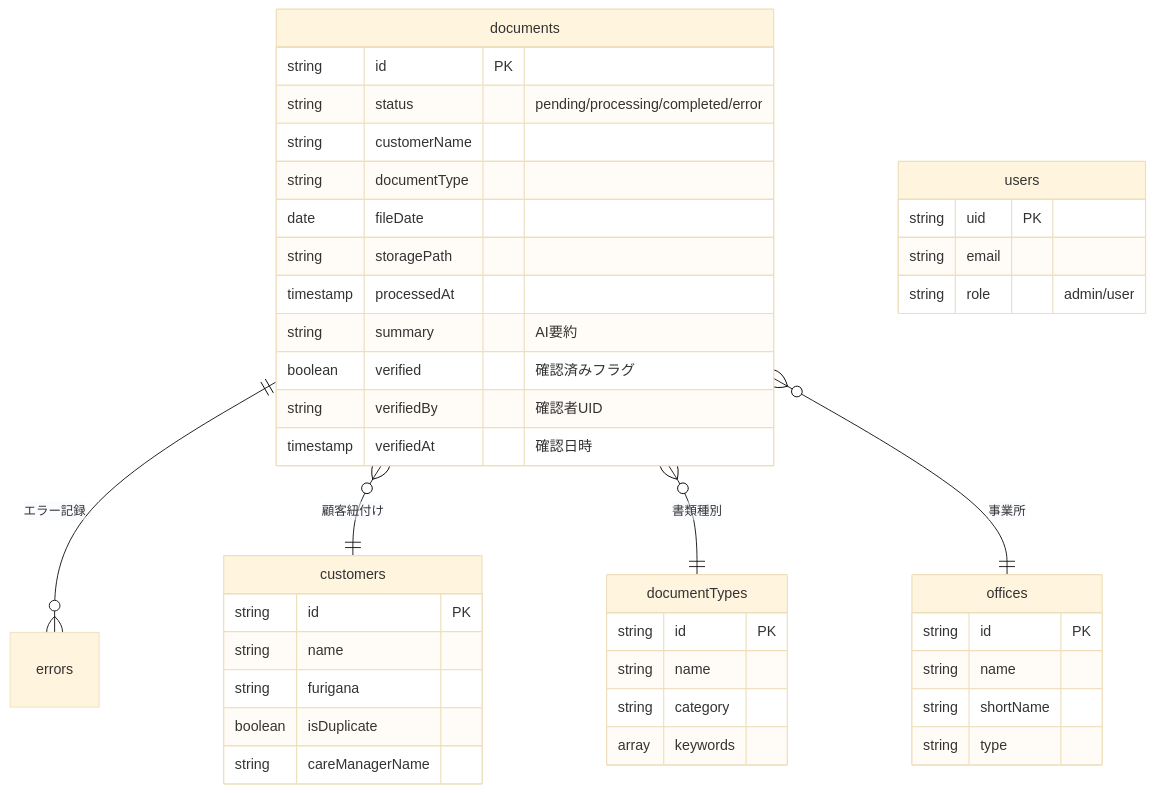
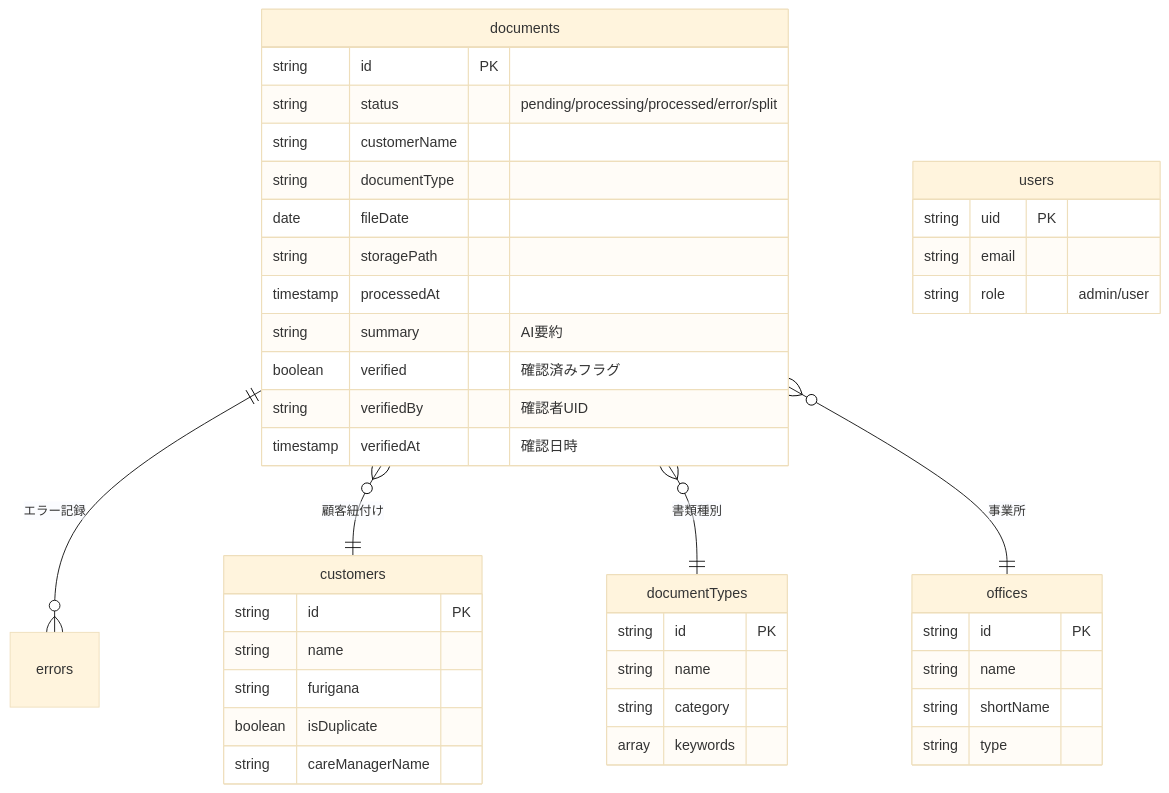
The fourth of 5 diagrams in docs/architecture.md (yasushi-honda/doc-split), drawn with Mermaid (base theme) before and after one commit. The commit also changed other lines of this file and 4 other files, not shown here.

````diff
--- a/docs/architecture.md
+++ b/docs/architecture.md
@@ -131,49 +132,49 @@
 ```mermaid
 erDiagram
     documents ||--o{ errors : "エラー記録"
     documents }o--|| customers : "顧客紐付け"
     documents }o--|| documentTypes : "書類種別"
     documents }o--|| offices : "事業所"
 
     documents {
         string id PK
-        string status "pending/processing/completed/error"
+        string status "pending/processing/processed/error/split"
         string customerName
         string documentType
         date fileDate
         string storagePath
         timestamp processedAt
         string summary "AI要約"
         boolean verified "確認済みフラグ"
         string verifiedBy "確認者UID"
         timestamp verifiedAt "確認日時"
     }
 
     customers {
         string id PK
         string name
         string furigana
         boolean isDuplicate
         string careManagerName
     }
 
     documentTypes {
         string id PK
         string name
         string category
         array keywords
     }
 
     offices {
         string id PK
         string name
         string shortName
         string type
     }
 
     users {
         string uid PK
         string email
         string role "admin/user"
     }
 ```
````
